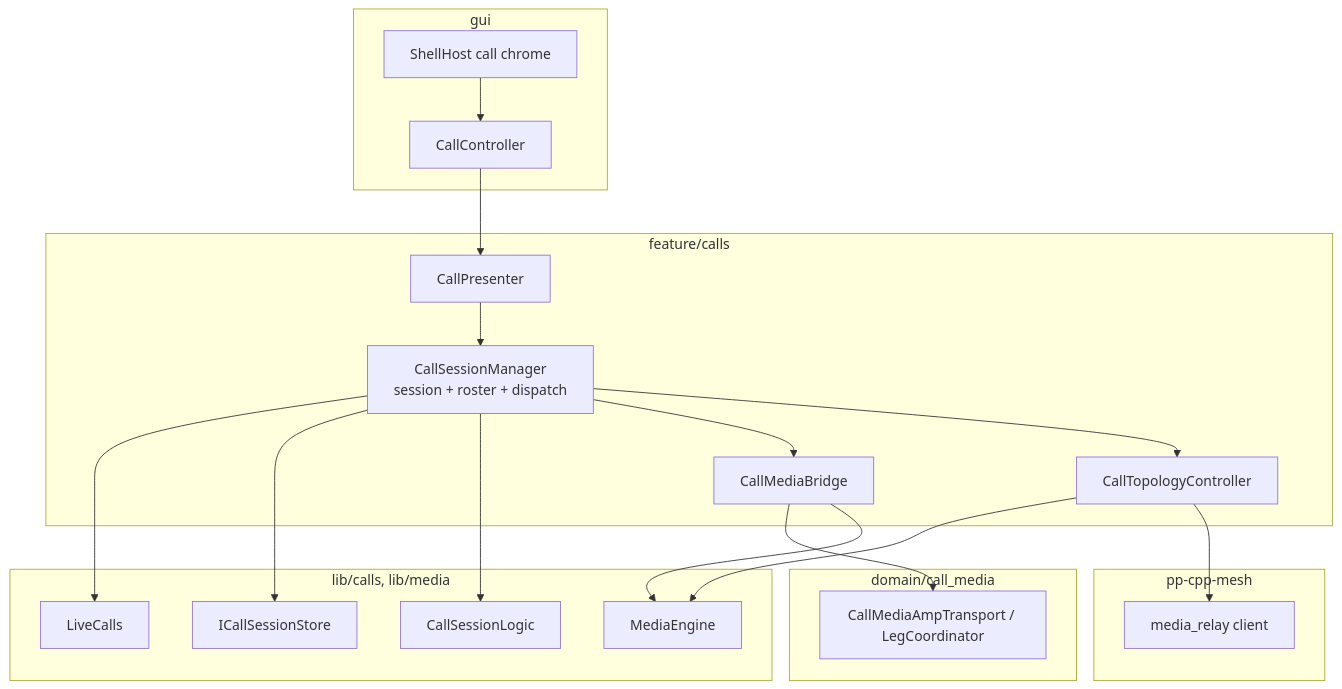
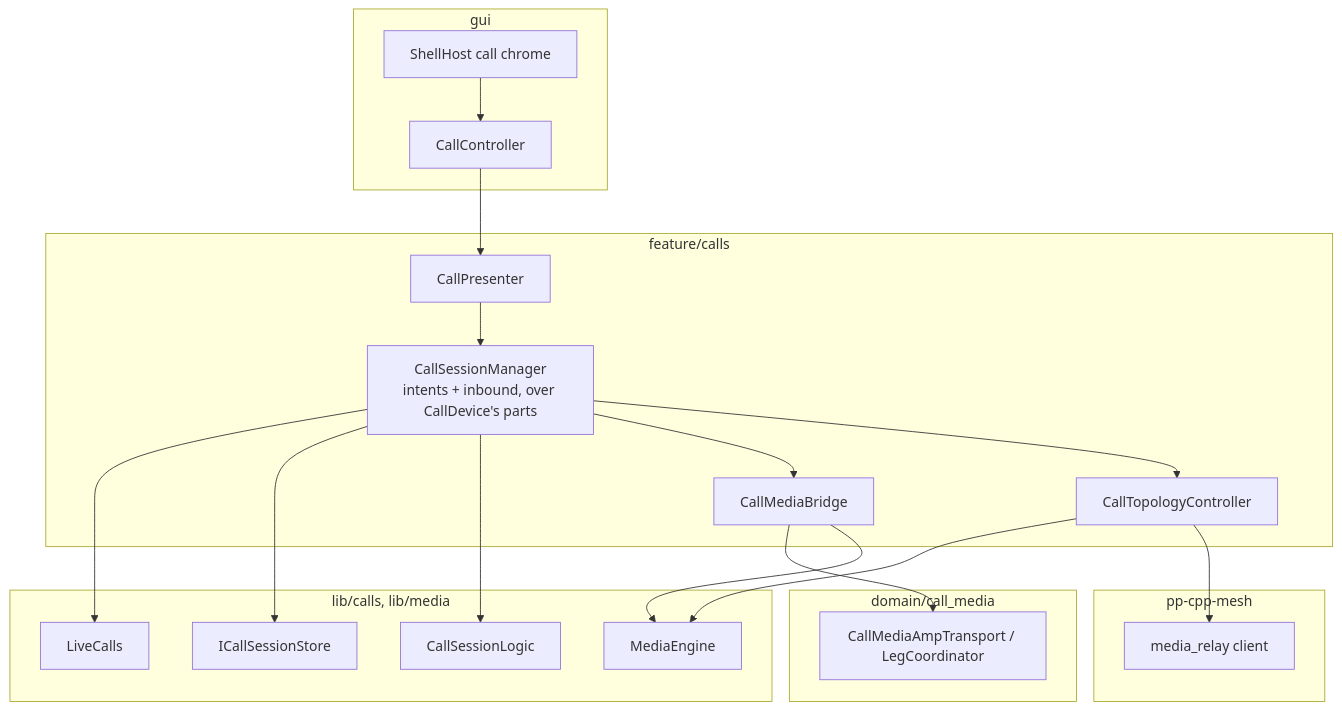
One commit to people-post/pp-browser changed the second of 4 diagrams in docs/architecture/CALLS.md. Above: the diagram before and after it, drawn with Mermaid. The commit also changed other lines of this file and 26 other files, not shown here.

First line of the commit message:
refactor(calls): cm4c (2) — the session manager is the router; the parts are CallDevice's

````diff
--- a/docs/architecture/CALLS.md
+++ b/docs/architecture/CALLS.md
@@ -146,37 +147,37 @@
 ```mermaid
 flowchart TB
   subgraph gui [gui]
     CC[CallController]
     Shell[ShellHost call chrome]
   end
   subgraph feature [feature/calls]
     CP[CallPresenter]
-    CSM[CallSessionManager<br/>session + roster + dispatch]
+    CSM[CallSessionManager<br/>intents + inbound, over CallDevice's parts]
     L2P[CallMediaBridge]
     Topo[CallTopologyController]
   end
   subgraph domain [domain/call_media]
     Amp[CallMediaAmpTransport / LegCoordinator]
   end
   subgraph lib [lib/calls, lib/media]
     Live[LiveCalls]
     Store[ICallSessionStore]
     Logic[CallSessionLogic]
     Eng[MediaEngine]
   end
   subgraph mesh [pp-cpp-mesh]
     MR[media_relay client]
   end
   Shell --> CC
   CC --> CP
   CP --> CSM
   CSM --> Live
   CSM --> Store
   CSM --> Logic
   CSM --> L2P
   CSM --> Topo
   L2P --> Amp
   L2P --> Eng
   Topo --> Eng
   Topo --> MR
 ```
````
